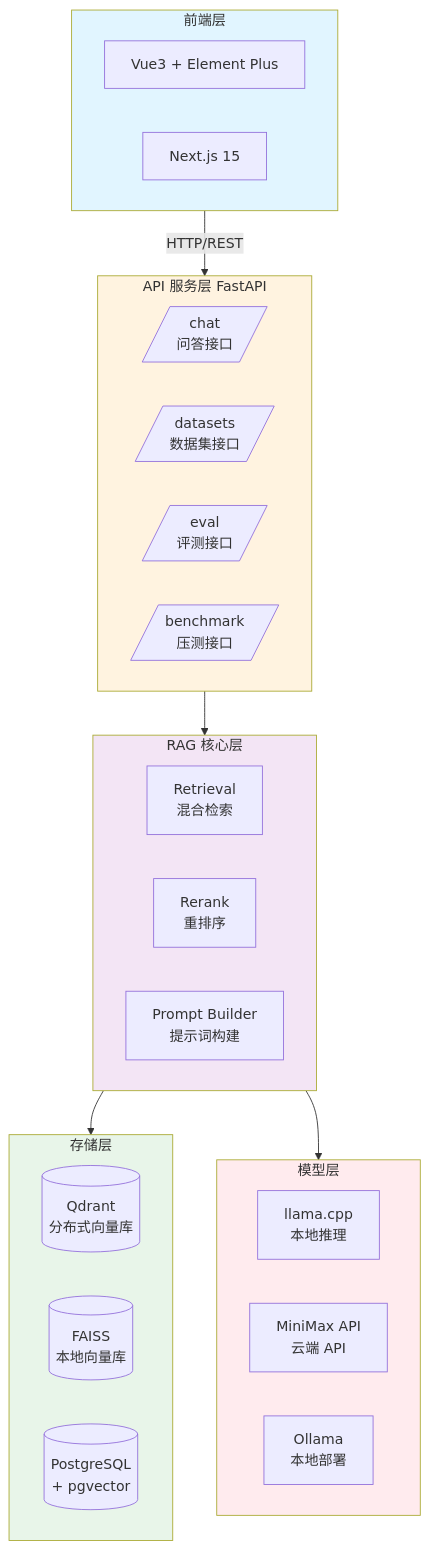
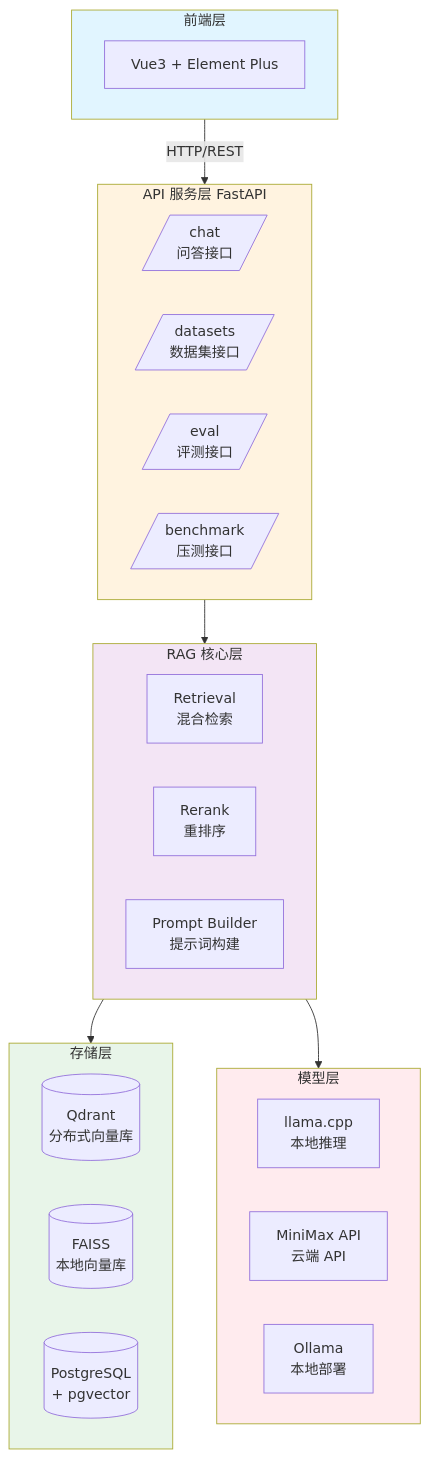
One commit to zhengwenze/CodeRAG-Lab changed the diagram in README.md. Above: the diagram before and after it, drawn with Mermaid. The commit also changed other lines of this file, not shown here.

````diff
--- a/README.md
+++ b/README.md
@@ -99,43 +99,42 @@
 ```mermaid
 graph TB
     subgraph Frontend["前端层"]
         A1[Vue3 + Element Plus]
-        A2[Next.js 15]
     end
 
     subgraph API["API 服务层 FastAPI"]
         B1[/chat<br/>问答接口/]
         B2[/datasets<br/>数据集接口/]
         B3[/eval<br/>评测接口/]
         B4[/benchmark<br/>压测接口/]
     end
 
     subgraph RAG["RAG 核心层"]
         C1[Retrieval<br/>混合检索]
         C2[Rerank<br/>重排序]
         C3[Prompt Builder<br/>提示词构建]
     end
 
     subgraph Store["存储层"]
         D1[(Qdrant<br/>分布式向量库)]
         D2[(FAISS<br/>本地向量库)]
         D3[(PostgreSQL<br/>+ pgvector)]
     end
 
     subgraph LLM["模型层"]
         E1[llama.cpp<br/>本地推理]
         E2[MiniMax API<br/>云端 API]
         E3[Ollama<br/>本地部署]
     end
 
     Frontend -->|HTTP/REST| API
     API --> RAG
     RAG --> Store
     RAG --> LLM
 
     style Frontend fill:#e1f5ff
     style API fill:#fff3e0
     style RAG fill:#f3e5f5
     style Store fill:#e8f5e9
     style LLM fill:#ffebee
 ```
````
